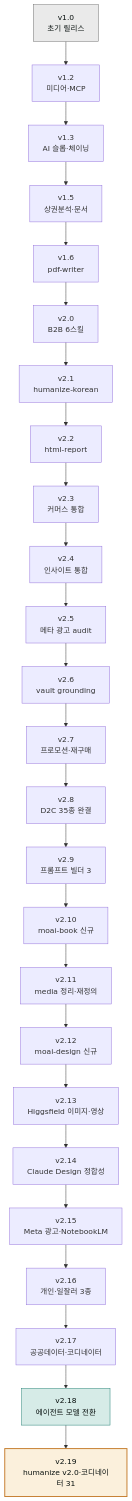
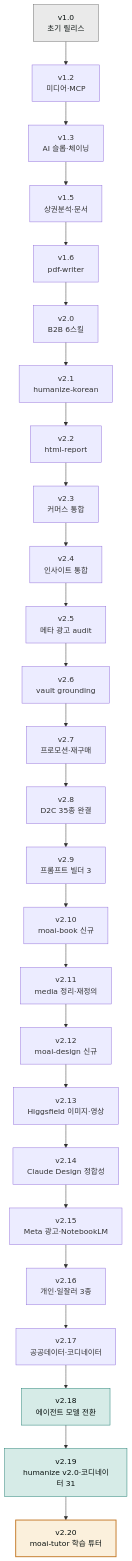
The diagram in content/releases/_index.md (modu-ai/claude), drawn with Mermaid before and after one commit. The commit also changed other lines of this file and 7 other files, not shown here.

First line of the commit message:
feat(moai-tutor): 학습자 전용 플러그인 신규 (3 스킬) + v2.20.0 동기화

````diff
--- a/content/releases/_index.md
+++ b/content/releases/_index.md
@@ -9,31 +9,33 @@
 ```mermaid
 flowchart TD
     V10["v1.0<br/>초기 릴리스"] --> V12["v1.2<br/>미디어·MCP"]
     V12 --> V13["v1.3<br/>AI 슬롭·체이닝"]
     V13 --> V15["v1.5<br/>상권분석·문서"]
     V15 --> V16["v1.6<br/>pdf-writer"]
     V16 --> V20["v2.0<br/>B2B 6스킬"]
     V20 --> V21["v2.1<br/>humanize-korean"]
     V21 --> V22["v2.2<br/>html-report"]
     V22 --> V23["v2.3<br/>커머스 통합"]
     V23 --> V24["v2.4<br/>인사이트 통합"]
     V24 --> V25["v2.5<br/>메타 광고 audit"]
     V25 --> V26["v2.6<br/>vault grounding"]
     V26 --> V27["v2.7<br/>프로모션·재구매"]
     V27 --> V28["v2.8<br/>D2C 35종 완결"]
     V28 --> V29["v2.9<br/>프롬프트 빌더 3"]
     V29 --> V210["v2.10<br/>moai-book 신규"]
     V210 --> V211["v2.11<br/>media 정리·재정의"]
     V211 --> V212["v2.12<br/>moai-design 신규"]
     V212 --> V213["v2.13<br/>Higgsfield 이미지·영상"]
     V213 --> V214["v2.14<br/>Claude Design 정합성"]
     V214 --> V215["v2.15<br/>Meta 광고·NotebookLM"]
     V215 --> V216["v2.16<br/>개인·일잘러 3종"]
     V216 --> V217["v2.17<br/>공공데이터·코디네이터"]
     V217 --> V218["v2.18<br/>에이전트 모델 전환"]
     V218 --> V219["v2.19<br/>humanize v2.0·코디네이터 31"]
+    V219 --> V220["v2.20<br/>moai-tutor 학습 튜터"]
 
     style V10 fill:#eaeaea,stroke:#6e6e6e,color:#09110f
     style V218 fill:#d6ebe7,stroke:#1c7c70,color:#09110f
-    style V219 fill:#fbf0dc,stroke:#c47b2a,stroke-width:2px,color:#09110f
+    style V219 fill:#d6ebe7,stroke:#1c7c70,color:#09110f
+    style V220 fill:#fbf0dc,stroke:#c47b2a,stroke-width:2px,color:#09110f
 ```
````
